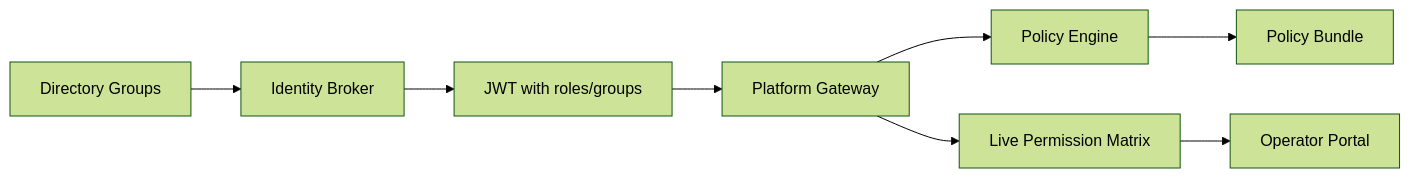
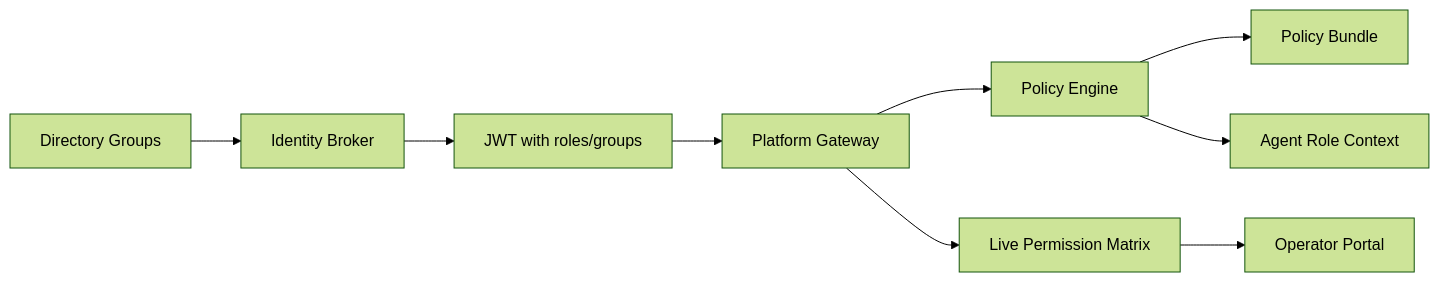
The fifth of 5 diagrams in .qoder/repowiki/en/content/Security and Authorization/Authorization Policies/Authorization Matrix.md (metasync/luban-aiops), drawn with Mermaid (forest theme) before and after one commit. The commit also changed other lines of this file and 128 other files, not shown here.

````diff
--- a/.qoder/repowiki/en/content/Security and Authorization/Authorization Policies/Authorization Matrix.md
+++ b/.qoder/repowiki/en/content/Security and Authorization/Authorization Policies/Authorization Matrix.md
@@ -310,10 +362,11 @@
 ```mermaid
 graph LR
 Groups["Directory Groups"] --> Broker["Identity Broker"]
 Broker --> Token["JWT with roles/groups"]
 Token --> Gateway["Platform Gateway"]
 Gateway --> Engine["Policy Engine"]
 Engine --> Bundle["Policy Bundle"]
+Engine --> AgentRole["Agent Role Context"]
 Gateway --> Matrix["Live Permission Matrix"]
 Matrix --> Portal["Operator Portal"]
 ```
````
